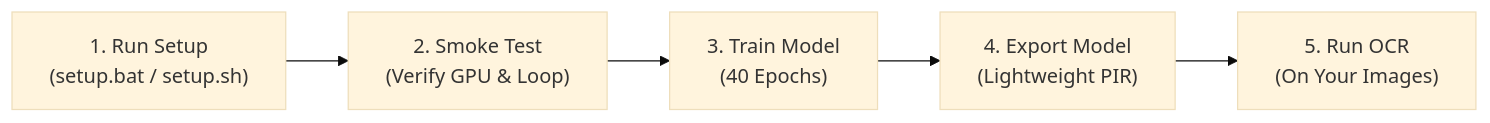
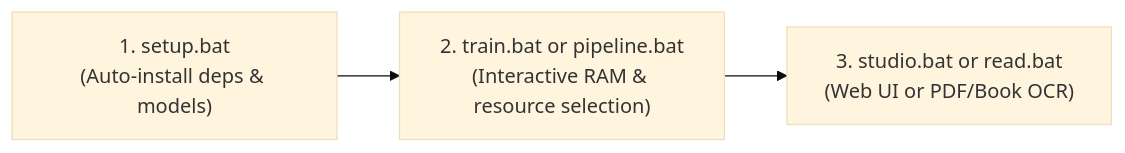
The diagram in README.md (a7x3a/qai-paddle-ocr-finetuning), drawn with Mermaid (base theme) before and after one commit. The commit also changed other lines of this file, not shown here.

Commit message:
docs: streamline README.md with quick-start, interactive configurator guide, and clean command table

````diff
--- a/README.md
+++ b/README.md
@@ -13,7 +11,4 @@
 ```mermaid
 flowchart LR
-    A["1. Run Setup\n(setup.bat / setup.sh)"] --> B["2. Smoke Test\n(Verify GPU & Loop)"]
-    B --> C["3. Train Model\n(40 Epochs)"]
-    C --> D["4. Export Model\n(Lightweight PIR)"]
-    D --> E["5. Run OCR\n(On Your Images)"]
+    A["1. setup.bat\n(Auto-install deps & models)"] --> B["2. train.bat or pipeline.bat\n(Interactive RAM & resource selection)"] --> C["3. studio.bat or read.bat\n(Web UI or PDF/Book OCR)"]
 ```
````
